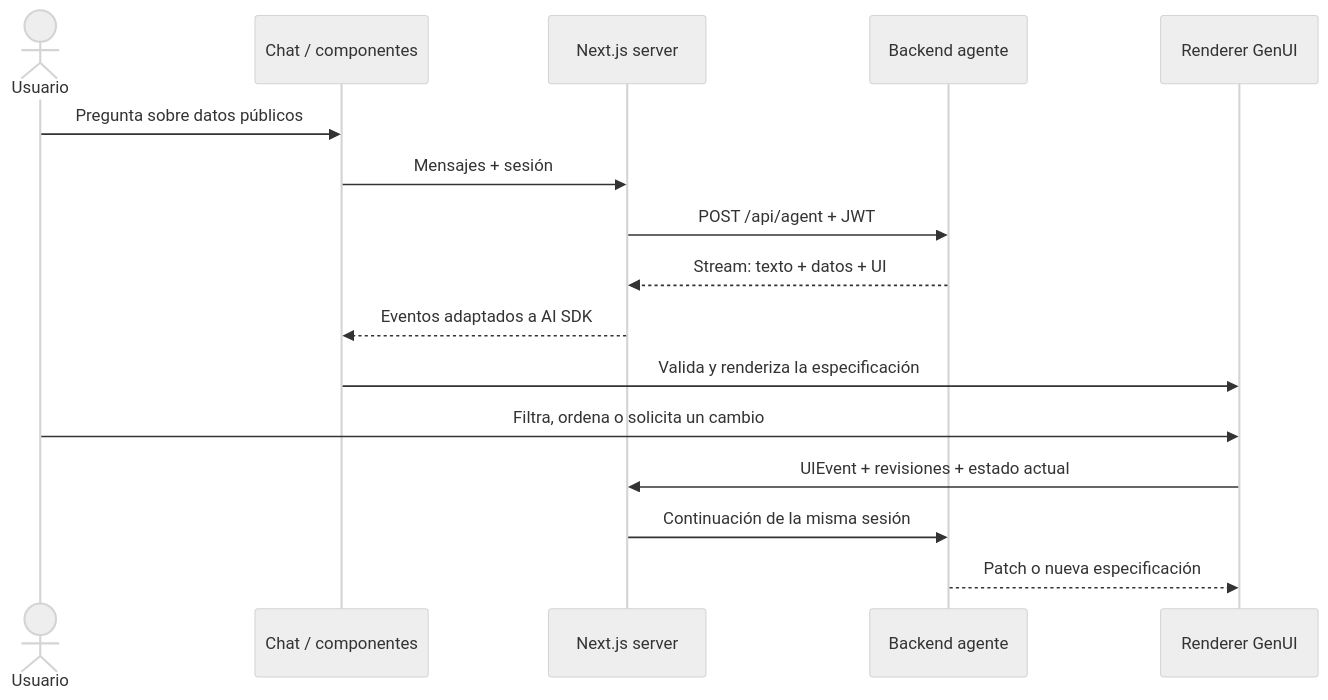
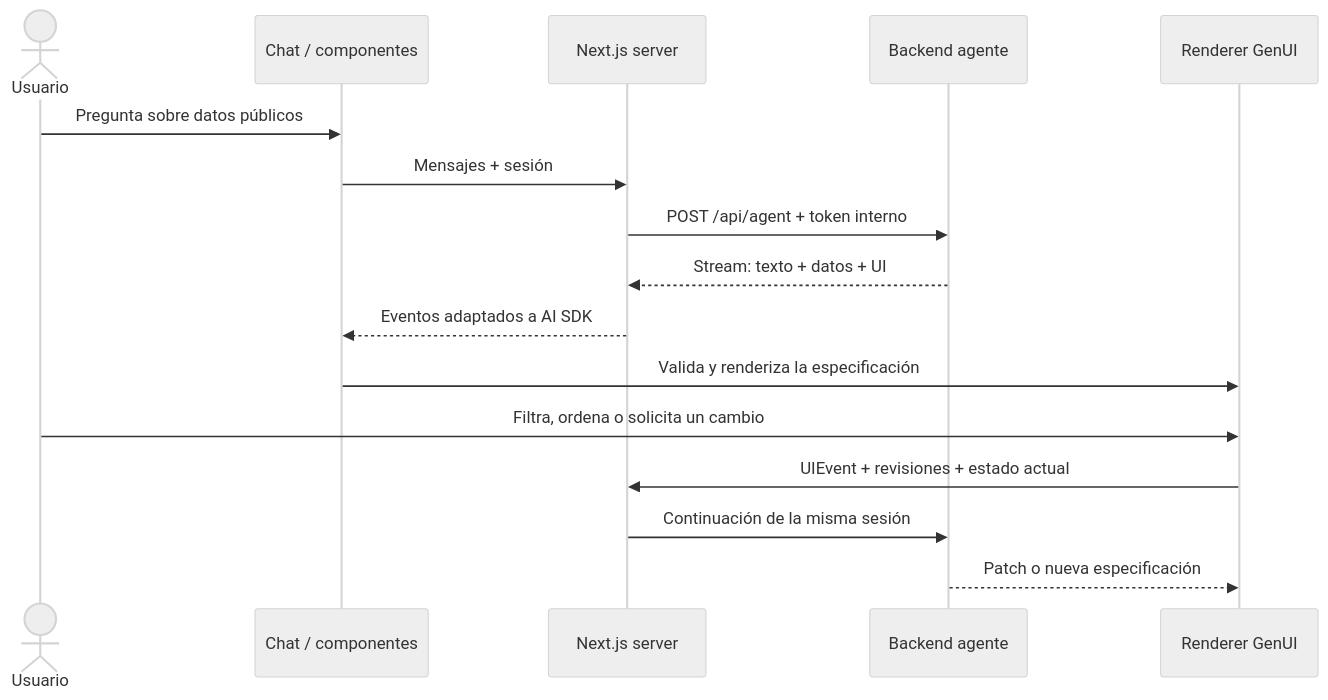
One commit to Hydra115-code/Ine-hacktoon changed the second of 3 diagrams in README.md. Above: the diagram before and after it, drawn with Mermaid (neutral theme). The commit also changed other lines of this file and 70 other files, not shown here.

````diff
--- a/README.md
+++ b/README.md
@@ -42,19 +42,19 @@
 ```mermaid
 sequenceDiagram
     actor Usuario
     participant Chat as Chat / componentes
     participant Next as Next.js server
     participant Agent as Backend agente
     participant UI as Renderer GenUI
 
     Usuario->>Chat: Pregunta sobre datos públicos
     Chat->>Next: Mensajes + sesión
-    Next->>Agent: POST /api/agent + JWT
+    Next->>Agent: POST /api/agent + token interno
     Agent-->>Next: Stream: texto + datos + UI
     Next-->>Chat: Eventos adaptados a AI SDK
     Chat->>UI: Valida y renderiza la especificación
     Usuario->>UI: Filtra, ordena o solicita un cambio
     UI->>Next: UIEvent + revisiones + estado actual
     Next->>Agent: Continuación de la misma sesión
     Agent-->>UI: Patch o nueva especificación
 ```
````
